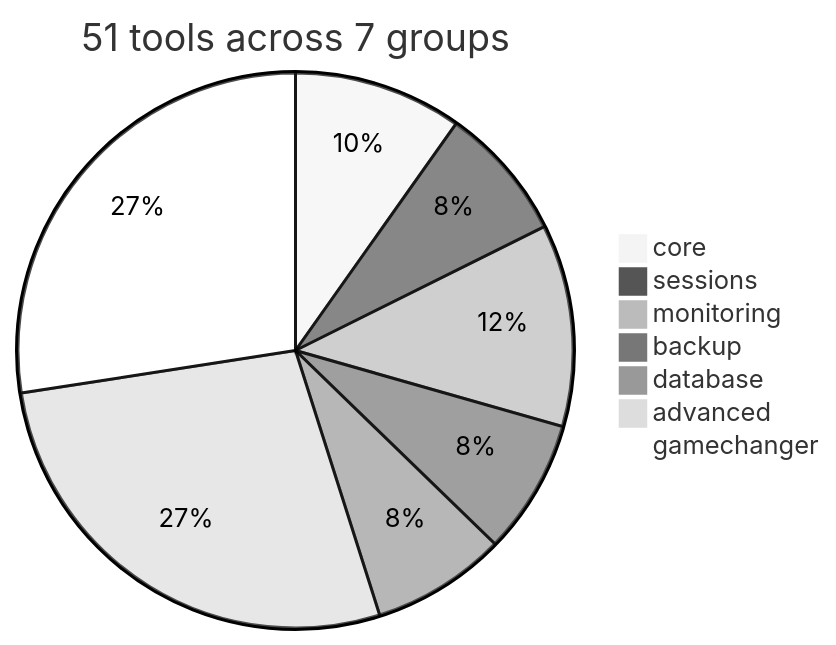
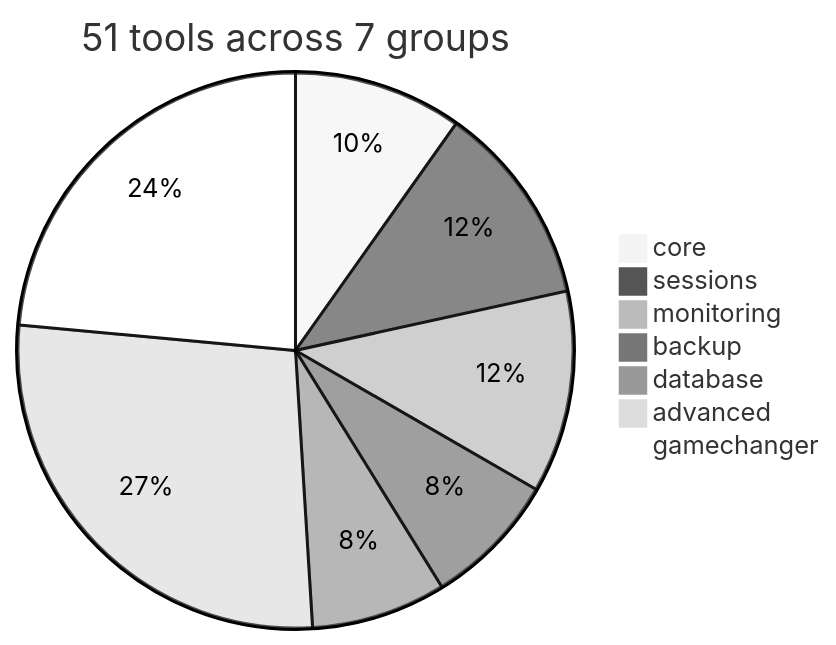
The second of 2 diagrams in wiki/Home.md (hunchom/claude-code-ssh), drawn with Mermaid (neutral theme) before and after one commit. The commit also changed 76 other files, not shown here.

````diff
--- a/wiki/Home.md
+++ b/wiki/Home.md
@@ -48,10 +48,10 @@
 ```mermaid
 pie title 51 tools across 7 groups
   "core" : 5
-  "sessions" : 4
+  "sessions" : 6
   "monitoring" : 6
   "backup" : 4
   "database" : 4
   "advanced" : 14
-  "gamechanger" : 14
+  "gamechanger" : 12
 ```
````
